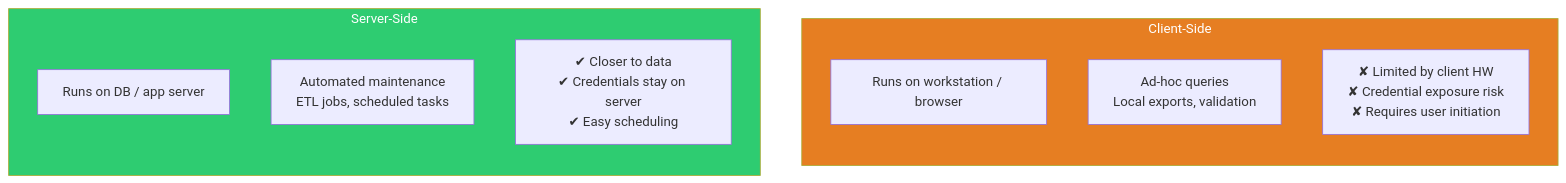
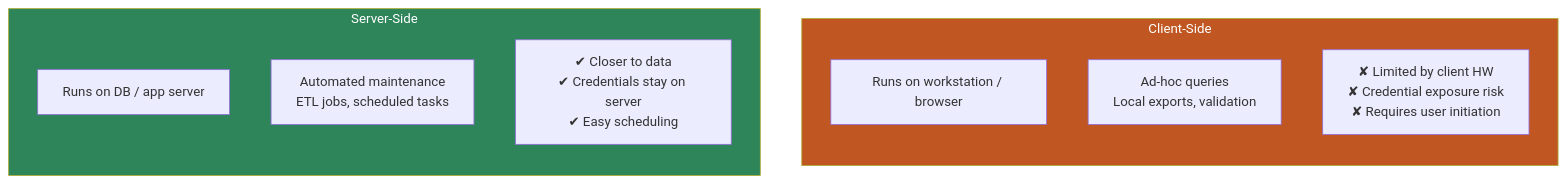
Before and after one commit to George-API/CompTIA_DataSys_Study_Guide: the tenth of 39 diagrams in 07-Visual-Study-Diagrams.md, drawn with Mermaid. The commit also changed other lines of this file, not shown here.

Commit message:
Improvements to visual study mermaid diagrams

````diff
--- a/07-Visual-Study-Diagrams.md
+++ b/07-Visual-Study-Diagrams.md
@@ -205,21 +205,21 @@
 ```mermaid
 flowchart LR
     subgraph SERVER["Server-Side"]
         direction TB
         SS1["Runs on DB / app server"]
-        SS2["Automated maintenance\nETL jobs, scheduled tasks"]
-        SS3["✔ Closer to data\n✔ Credentials stay on server\n✔ Easy scheduling"]
+        SS2["Automated maintenance<br/>ETL jobs, scheduled tasks"]
+        SS3["✔ Closer to data<br/>✔ Credentials stay on server<br/>✔ Easy scheduling"]
     end
 
     subgraph CLIENT["Client-Side"]
         direction TB
         CS1["Runs on workstation / browser"]
-        CS2["Ad-hoc queries\nLocal exports, validation"]
-        CS3["✘ Limited by client HW\n✘ Credential exposure risk\n✘ Requires user initiation"]
+        CS2["Ad-hoc queries<br/>Local exports, validation"]
+        CS3["✘ Limited by client HW<br/>✘ Credential exposure risk<br/>✘ Requires user initiation"]
     end
 
     SERVER ~~~ CLIENT
 
-    style SERVER fill:#2ecc71,color:#fff
-    style CLIENT fill:#e67e22,color:#fff
+    style SERVER fill:#2F855A,color:#fff
+    style CLIENT fill:#C05621,color:#fff
 ```
````
